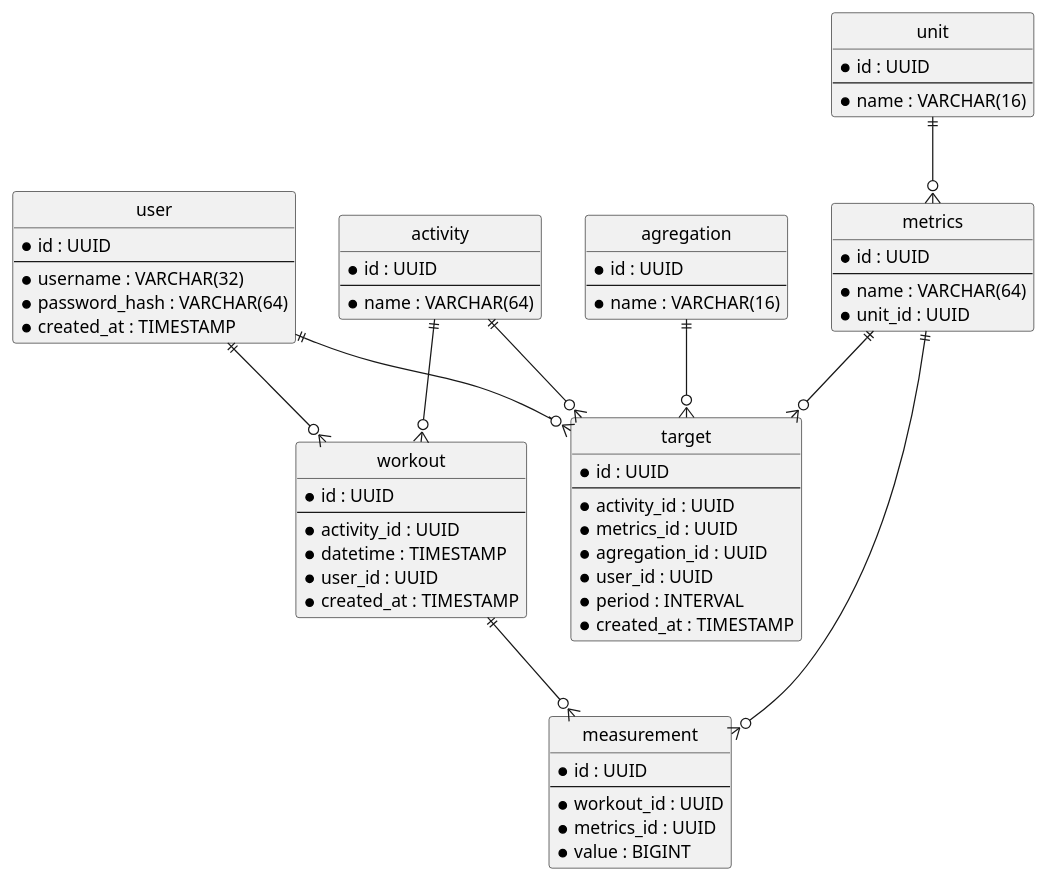
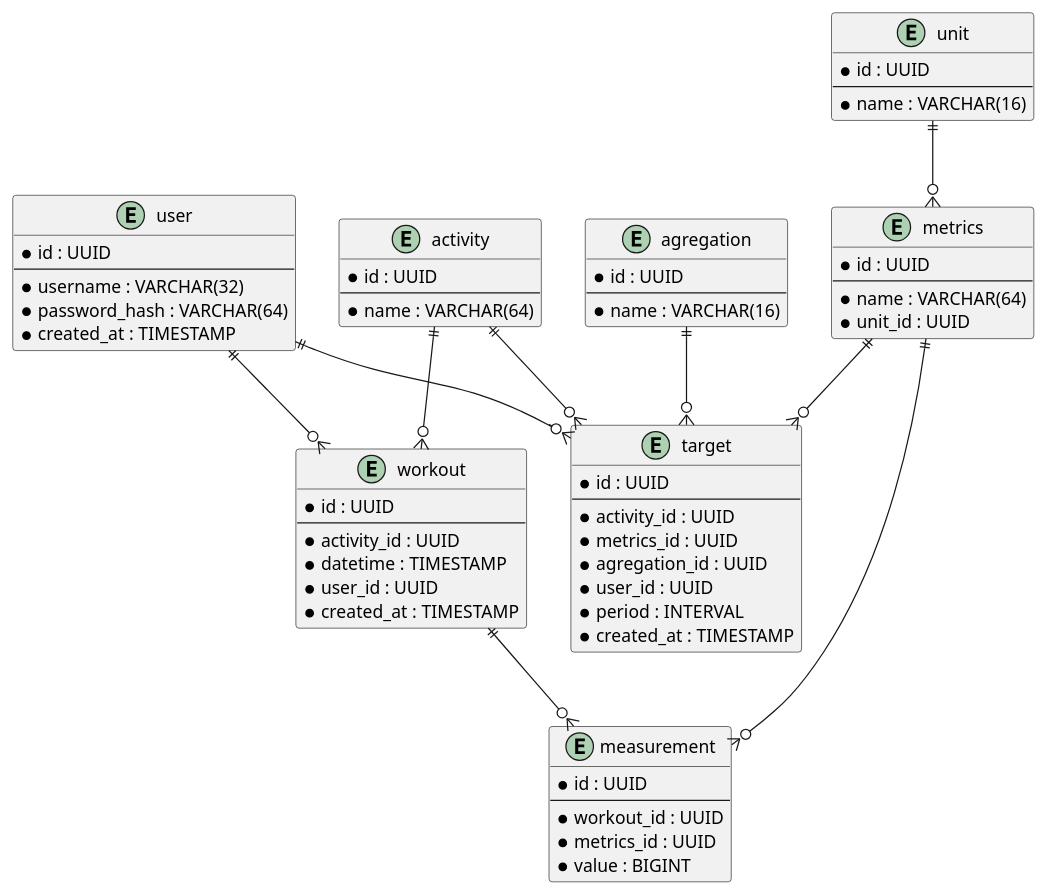
The diagram in lab 1/diagram.puml (SmokingElk/MAI-DB-Labs-2025-2026), drawn with PlantUML before and after one commit. The commit also changed 1 other file, not shown here.

Commit message:
beauty diagram

```diff
--- a/lab 1/diagram.puml
+++ b/lab 1/diagram.puml
@@ -1,81 +1,80 @@
 @startuml fitness-app
-hide circle
 
-entity user {
+entity "user" {
   * id : UUID
   --
   * username : VARCHAR(32)
   * password_hash : VARCHAR(64)
   * created_at : TIMESTAMP
 }
 
-entity unit {
+entity "unit" {
   * id : UUID
   --
   * name : VARCHAR(16)
 }
 
-entity agregation {
+entity "agregation" {
   * id : UUID
   --
   * name : VARCHAR(16)
 }
 
-entity activity {
+entity "activity" {
   * id : UUID
   --
   * name : VARCHAR(64)
 }
 
-entity metrics {
+entity "metrics" {
   * id : UUID
   --
   * name : VARCHAR(64)
   * unit_id : UUID
 }
 
-entity target {
+entity "target" {
   * id : UUID
   --
   * activity_id : UUID
   * metrics_id : UUID
   * agregation_id : UUID
   * user_id : UUID
   * period : INTERVAL
   * created_at : TIMESTAMP
 }
 
-entity workout {
+entity "workout" {
   * id : UUID
   --
   * activity_id : UUID
   * datetime : TIMESTAMP
   * user_id : UUID
   * created_at : TIMESTAMP
 }
 
-entity measurement {
+entity "measurement" {
   * id : UUID
   --
   * workout_id : UUID
   * metrics_id : UUID
   * value : BIGINT
 }
 
 ' Связи
 user ||--o{ target
 user ||--o{ workout
 
 activity ||--o{ target
 activity ||--o{ workout
 
 metrics ||--o{ target
 
 agregation ||--o{ target
 
 workout ||--o{ measurement
 metrics ||--o{ measurement
 
 unit ||--o{ metrics
 
 @enduml
```
